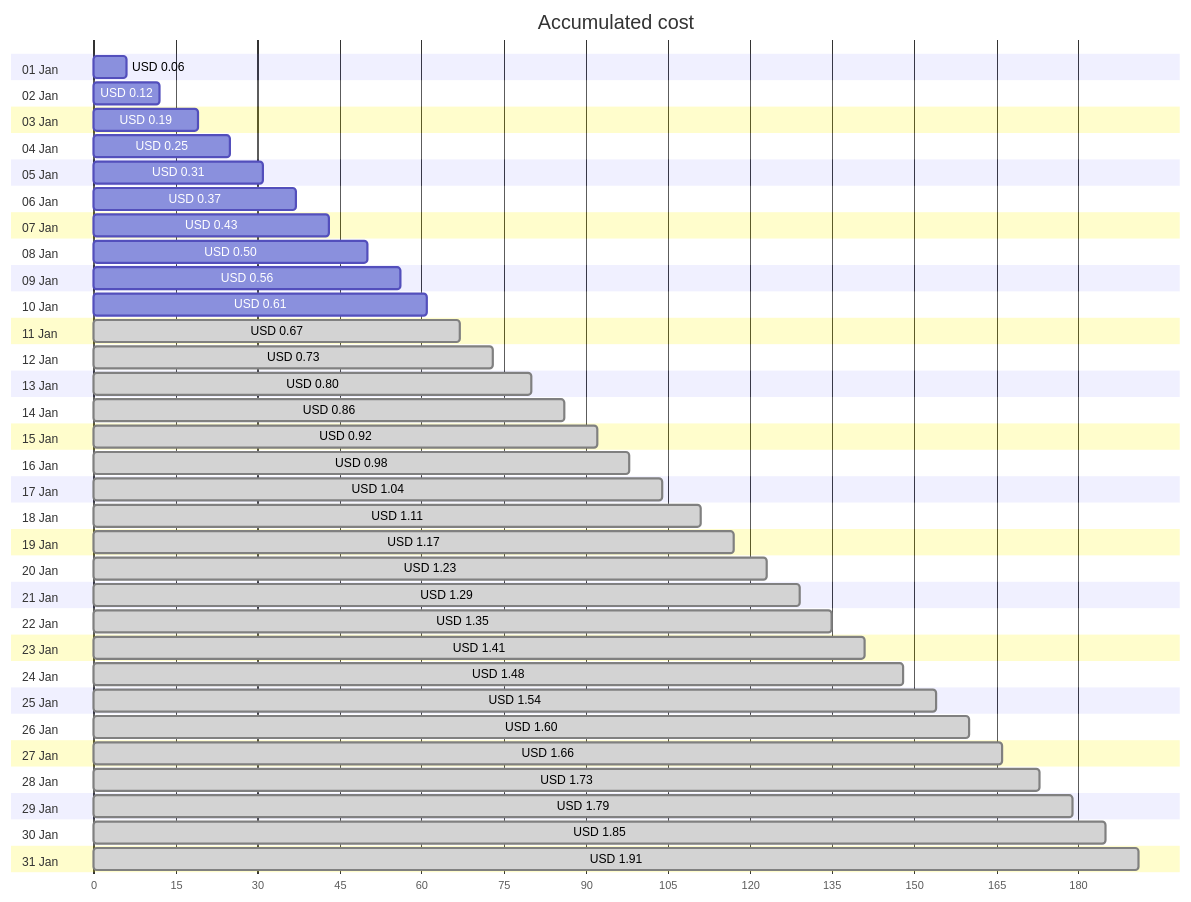
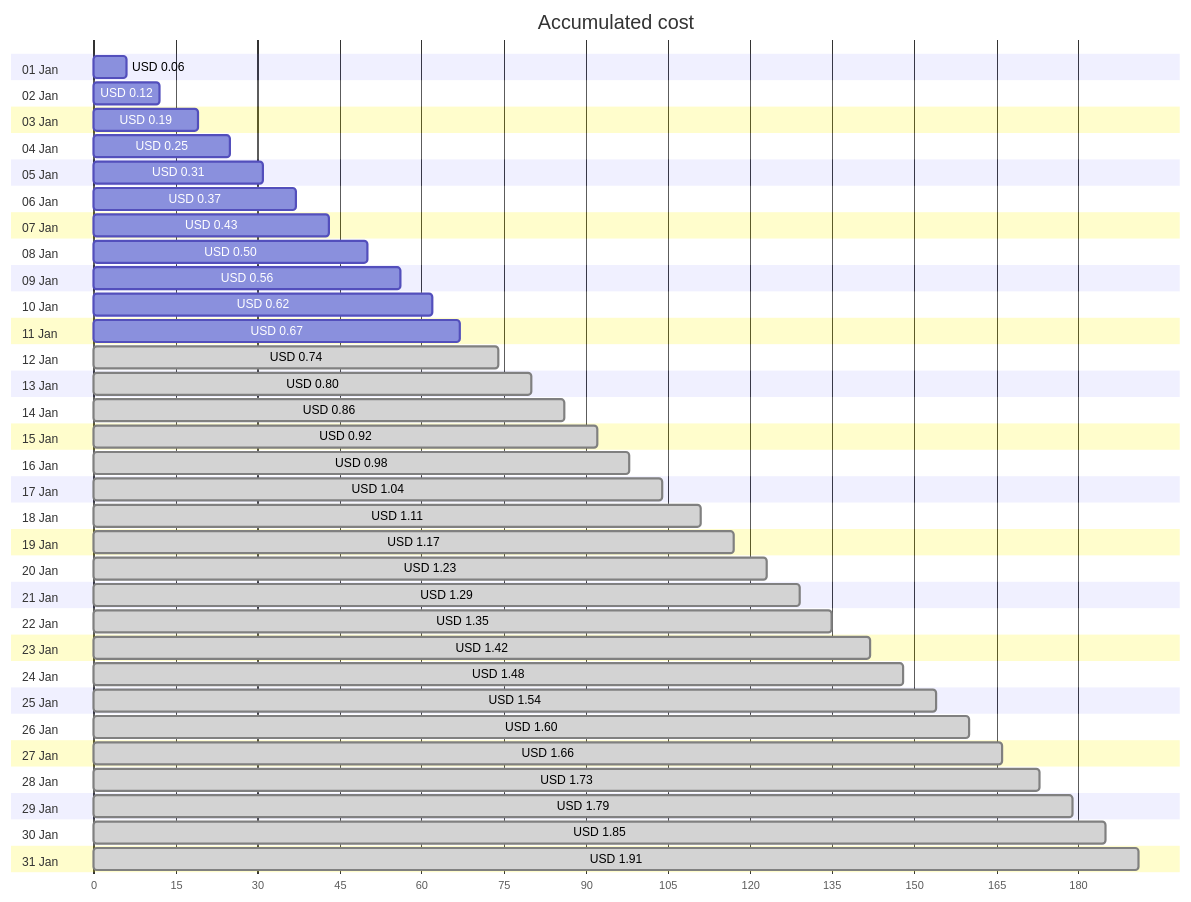
The first of 4 diagrams in cost-reports/personal-network/backup-server_OsDisk.md (jpfulton/azure-personal-reports), drawn with Mermaid before and after one commit. The commit also changed other lines of this file and 8 other files, not shown here.

````diff
--- a/cost-reports/personal-network/backup-server_OsDisk.md
+++ b/cost-reports/personal-network/backup-server_OsDisk.md
@@ -20,68 +20,68 @@
 ```mermaid
 gantt
    title Accumulated cost
    dateFormat  X
    axisFormat %s
    section 01 Jan
    USD 0.06 :0, 6
    section 02 Jan
    USD 0.12 :0, 12
    section 03 Jan
    USD 0.19 :0, 19
    section 04 Jan
    USD 0.25 :0, 25
    section 05 Jan
    USD 0.31 :0, 31
    section 06 Jan
    USD 0.37 :0, 37
    section 07 Jan
    USD 0.43 :0, 43
    section 08 Jan
    USD 0.50 :0, 50
    section 09 Jan
    USD 0.56 :0, 56
    section 10 Jan
-   USD 0.61 :0, 61
+   USD 0.62 :0, 62
    section 11 Jan
-   USD 0.67 : done, 0, 67
+   USD 0.67 :0, 67
    section 12 Jan
-   USD 0.73 : done, 0, 73
+   USD 0.74 : done, 0, 74
    section 13 Jan
    USD 0.80 : done, 0, 80
    section 14 Jan
    USD 0.86 : done, 0, 86
    section 15 Jan
    USD 0.92 : done, 0, 92
    section 16 Jan
    USD 0.98 : done, 0, 98
    section 17 Jan
    USD 1.04 : done, 0, 104
    section 18 Jan
    USD 1.11 : done, 0, 111
    section 19 Jan
    USD 1.17 : done, 0, 117
    section 20 Jan
    USD 1.23 : done, 0, 123
    section 21 Jan
    USD 1.29 : done, 0, 129
    section 22 Jan
    USD 1.35 : done, 0, 135
    section 23 Jan
-   USD 1.41 : done, 0, 141
+   USD 1.42 : done, 0, 142
    section 24 Jan
    USD 1.48 : done, 0, 148
    section 25 Jan
    USD 1.54 : done, 0, 154
    section 26 Jan
    USD 1.60 : done, 0, 160
    section 27 Jan
    USD 1.66 : done, 0, 166
    section 28 Jan
    USD 1.73 : done, 0, 173
    section 29 Jan
    USD 1.79 : done, 0, 179
    section 30 Jan
    USD 1.85 : done, 0, 185
    section 31 Jan
    USD 1.91 : done, 0, 191
 ```
````
